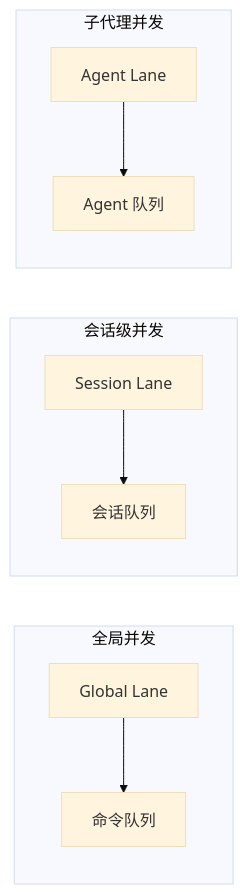
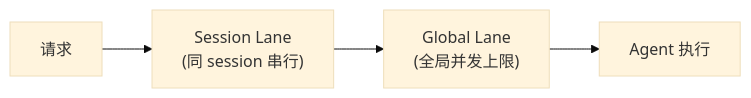
Diagram 11 of 11 in openclaw/AGENT_RUNTIME.md (caicongyang/bloger), drawn with Mermaid (base theme) before and after one commit. The commit also changed other lines of this file and 13 other files, not shown here.

````diff
--- a/openclaw/AGENT_RUNTIME.md
+++ b/openclaw/AGENT_RUNTIME.md
@@ -1062,14 +474,6 @@
 ```mermaid
-graph LR
-    subgraph "全局并发"
-        G1[Global Lane] --> G2[命令队列]
-    end
-    
-    subgraph "会话级并发"
-        S1[Session Lane] --> S2[会话队列]
-    end
-    
-    subgraph "子代理并发"
-        A1[Agent Lane] --> A2[Agent 队列]
-    end
+flowchart LR
+    REQ[请求] --> SL["Session Lane\n(同 session 串行)"]
+    SL --> GL["Global Lane\n(全局并发上限)"]
+    GL --> RUN[Agent 执行]
 ```
````
